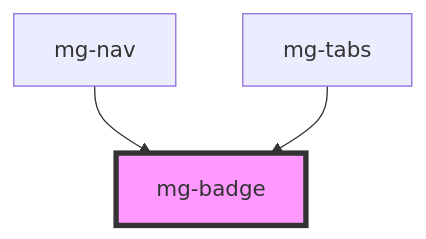
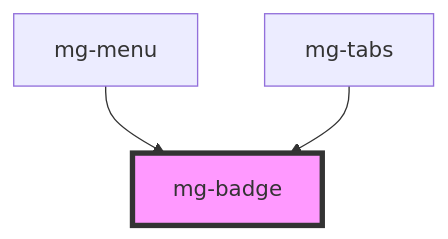
One commit to MGDIS/mg-components changed the diagram in src/components/atoms/mg-badge/readme.md. Above: the diagram before and after it, drawn with Mermaid. The commit also changed other lines of this file and 12 other files, not shown here.

First line of the commit message:
feat(mgMenu): rename mg-nav to mg-menu

````diff
--- a/src/components/atoms/mg-badge/readme.md
+++ b/src/components/atoms/mg-badge/readme.md
@@ -36,6 +36,6 @@
 ```mermaid
 graph TD;
-  mg-nav --> mg-badge
+  mg-menu --> mg-badge
   mg-tabs --> mg-badge
   style mg-badge fill:#f9f,stroke:#333,stroke-width:4px
 ```
````
